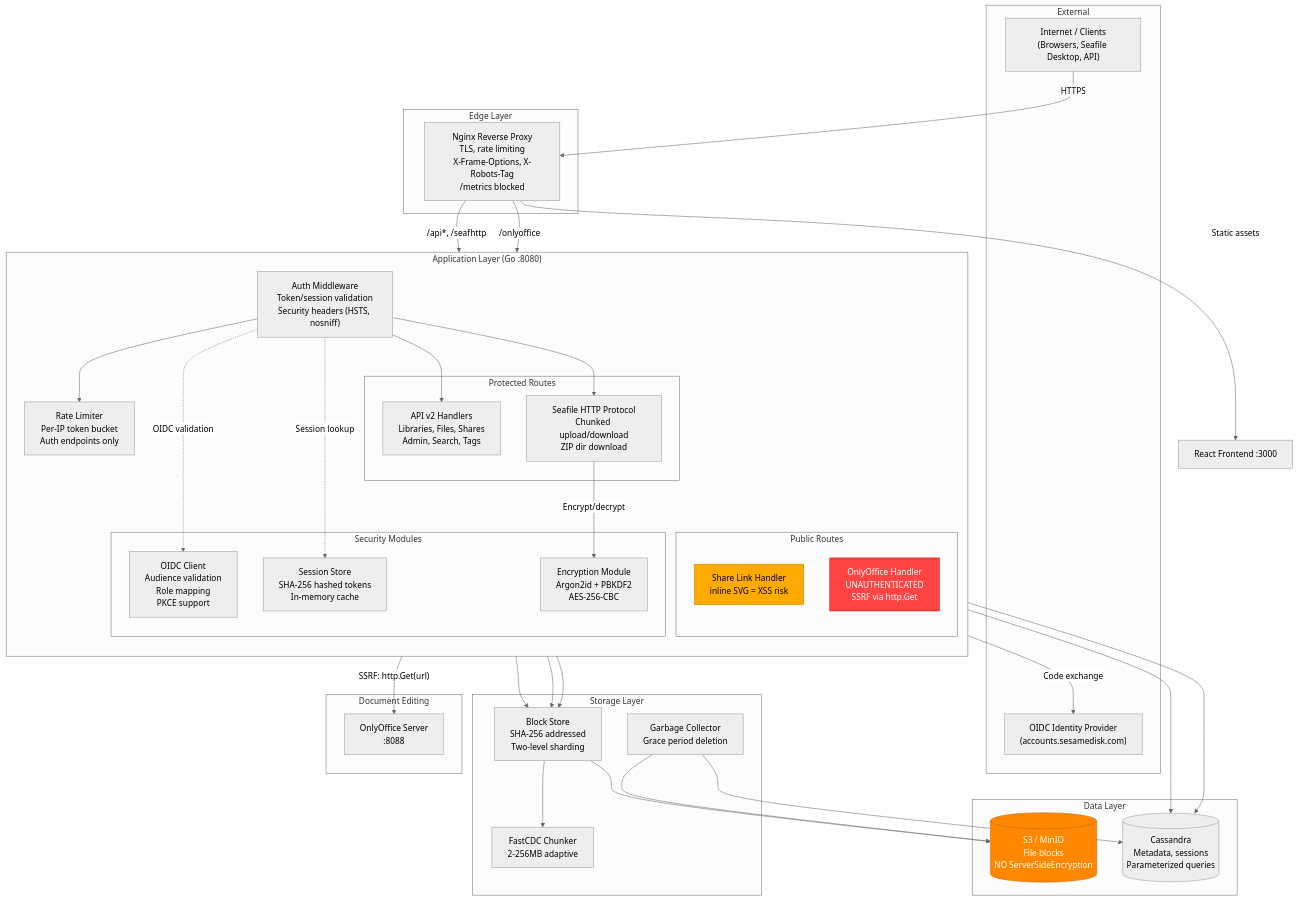
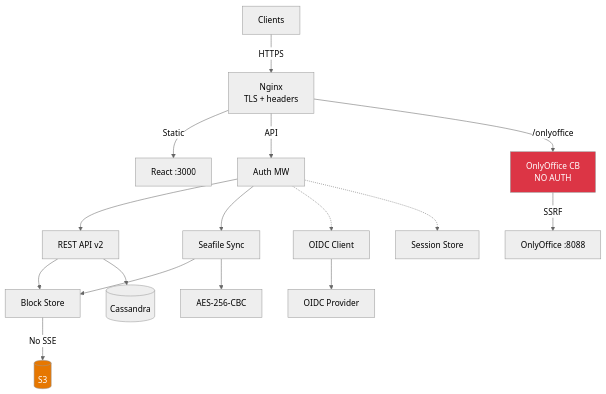
The first of 4 diagrams in docs/diagrams/security-architecture.mermaid.md (Sesame-Disk/cool-storage-api), drawn with Mermaid (neutral theme) before and after one commit. The commit also changed other lines of this file and 5 other files, not shown here.

Commit message:
Fix: mermaid diagram generator visibility. Adding diagrams and reviewing previous review fixes

````diff
--- a/docs/diagrams/security-architecture.mermaid.md
+++ b/docs/diagrams/security-architecture.mermaid.md
@@ -5,80 +7,23 @@
 ```mermaid
-flowchart TB
-    subgraph External
-        Internet["Internet / Clients<br/>(Browsers, Seafile Desktop, API)"]
-        IdP["OIDC Identity Provider<br/>(accounts.sesamedisk.com)"]
-    end
+flowchart TD
+    Client["Clients"] -->|HTTPS| Nginx["Nginx<br/>TLS + headers"]
+    Nginx -->|Static| FE["React :3000"]
+    Nginx -->|API| Auth["Auth MW"]
+    Nginx -->|/onlyoffice| OO["OnlyOffice CB<br/>NO AUTH"]
 
-    subgraph Edge["Edge Layer"]
-        Nginx["Nginx Reverse Proxy<br/>TLS, rate limiting<br/>X-Frame-Options, X-Robots-Tag<br/>/metrics blocked"]
-    end
+    Auth --> API["REST API v2"]
+    Auth --> Sync["Seafile Sync"]
+    Auth -.-> OIDC["OIDC Client"]
+    Auth -.-> Sess["Session Store"]
 
-    subgraph App["Application Layer (Go :8080)"]
-        direction TB
-        AuthMW["Auth Middleware<br/>Token/session validation<br/>Security headers (HSTS, nosniff)"]
-        RateLimiter["Rate Limiter<br/>Per-IP token bucket<br/>Auth endpoints only"]
-        
-        subgraph Protected["Protected Routes"]
-            APIv2["API v2 Handlers<br/>Libraries, Files, Shares<br/>Admin, Search, Tags"]
-            SeafHTTP["Seafile HTTP Protocol<br/>Chunked upload/download<br/>ZIP dir download"]
-        end
-        
-        subgraph Public["Public Routes"]
-            ShareLink["Share Link Handler<br/>inline SVG = XSS risk"]
-            OnlyOffice["OnlyOffice Handler<br/>UNAUTHENTICATED<br/>SSRF via http.Get"]
-        end
-        
-        subgraph Security["Security Modules"]
-            OIDC["OIDC Client<br/>Audience validation<br/>Role mapping<br/>PKCE support"]
-            Sessions["Session Store<br/>SHA-256 hashed tokens<br/>In-memory cache"]
-            Crypto["Encryption Module<br/>Argon2id + PBKDF2<br/>AES-256-CBC"]
-        end
-    end
-    
-    subgraph Storage["Storage Layer"]
-        BlockStore["Block Store<br/>SHA-256 addressed<br/>Two-level sharding"]
-        Chunker["FastCDC Chunker<br/>2-256MB adaptive"]
-        GC["Garbage Collector<br/>Grace period deletion"]
-    end
-    
-    subgraph Data["Data Layer"]
-        S3[("S3 / MinIO<br/>File blocks<br/>NO ServerSideEncryption")]
-        Cassandra[("Cassandra<br/>Metadata, sessions<br/>Parameterized queries")]
-    end
-    
-    subgraph DocEdit["Document Editing"]
-        OOServer["OnlyOffice Server<br/>:8088"]
-    end
+    API --> BS["Block Store"]
+    Sync --> BS
+    Sync --> Crypto["AES-256-CBC"]
+    BS -->|"No SSE"| S3[("S3")]
+    API --> Cass[("Cassandra")]
+    OIDC --> IdP["OIDC Provider"]
+    OO -->|"SSRF"| OOSrv["OnlyOffice :8088"]
 
-    Internet -->|HTTPS| Nginx
-    Nginx -->|"Static assets"| Frontend["React Frontend :3000"]
-    Nginx -->|"/api*, /seafhttp"| AuthMW
-    Nginx -->|"/onlyoffice"| OnlyOffice
-    
-    AuthMW --> RateLimiter
-    AuthMW --> APIv2
-    AuthMW --> SeafHTTP
-    AuthMW -.->|"Session lookup"| Sessions
-    AuthMW -.->|"OIDC validation"| OIDC
-    
-    APIv2 --> BlockStore
-    APIv2 --> Cassandra
-    SeafHTTP --> BlockStore
-    SeafHTTP -->|"Encrypt/decrypt"| Crypto
-    
-    ShareLink --> BlockStore
-    OnlyOffice -->|"SSRF: http.Get(url)"| OOServer
-    
-    BlockStore --> Chunker
-    BlockStore --> S3
-    
-    Sessions --> Cassandra
-    OIDC -->|"Code exchange"| IdP
-    
-    GC --> S3
-    GC --> Cassandra
-
-    style OnlyOffice fill:#ff4444,color:#fff,stroke:#cc0000
-    style S3 fill:#ff8800,color:#fff,stroke:#cc6600
-    style ShareLink fill:#ffaa00,color:#000,stroke:#cc8800
+    style OO fill:#dc3545,color:#fff
+    style S3 fill:#e67700,color:#fff
 ```
````
